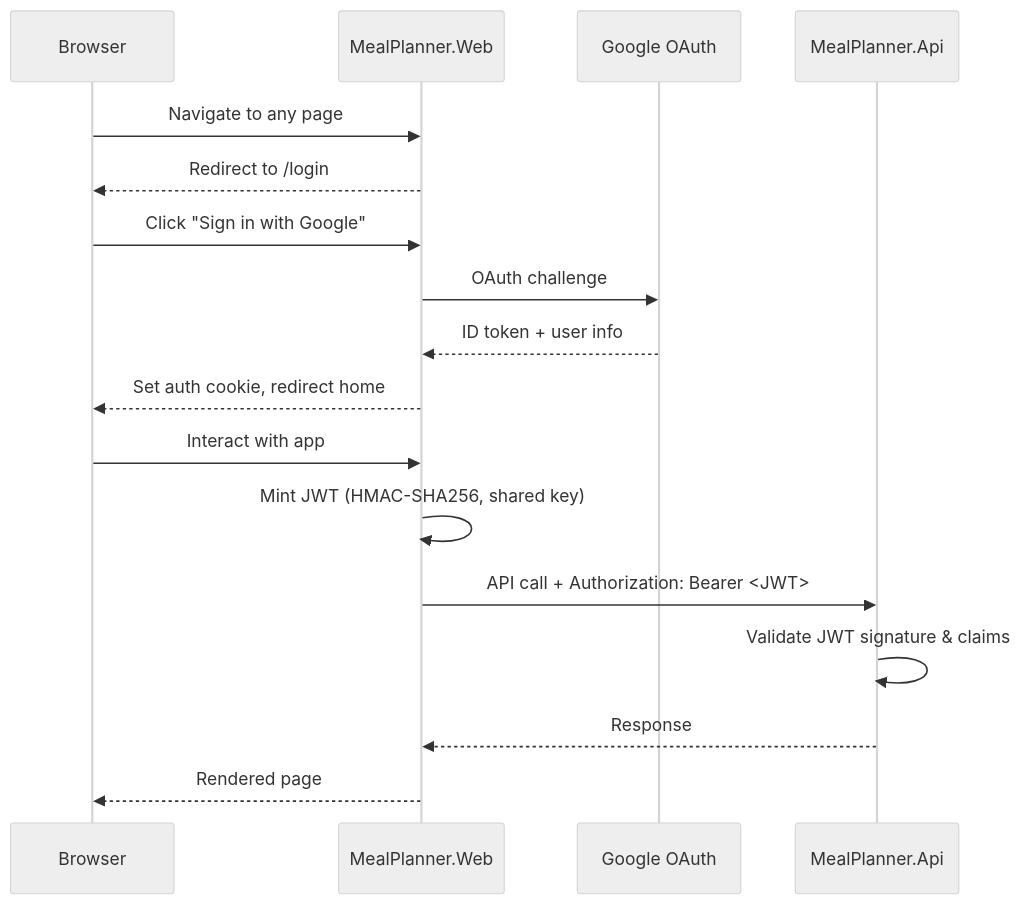
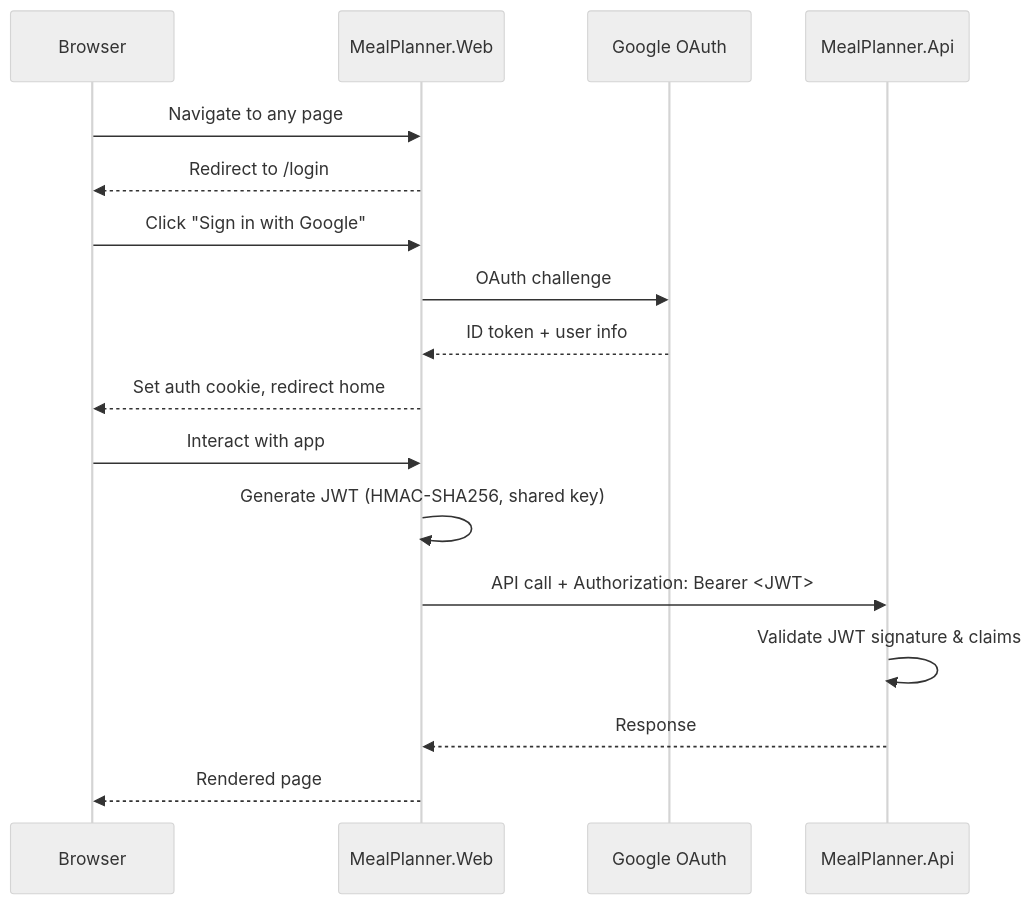
The fourth of 4 diagrams in specs/architecture.md (cam96/MealPlanner), drawn with Mermaid (neutral theme) before and after one commit. The commit also changed 3 other files, not shown here.

Commit message:
docs: replace 'mint' with 'generate' for JWT terminology

````diff
--- a/specs/architecture.md
+++ b/specs/architecture.md
@@ -136,21 +136,21 @@
 ```mermaid
 sequenceDiagram
     participant Browser
     participant Web as MealPlanner.Web
     participant Google as Google OAuth
     participant Api as MealPlanner.Api
 
     Browser->>Web: Navigate to any page
     Web-->>Browser: Redirect to /login
     Browser->>Web: Click "Sign in with Google"
     Web->>Google: OAuth challenge
     Google-->>Web: ID token + user info
     Web-->>Browser: Set auth cookie, redirect home
 
     Browser->>Web: Interact with app
-    Web->>Web: Mint JWT (HMAC-SHA256, shared key)
+    Web->>Web: Generate JWT (HMAC-SHA256, shared key)
     Web->>Api: API call + Authorization: Bearer <JWT>
     Api->>Api: Validate JWT signature & claims
     Api-->>Web: Response
     Web-->>Browser: Rendered page
 ```
````
